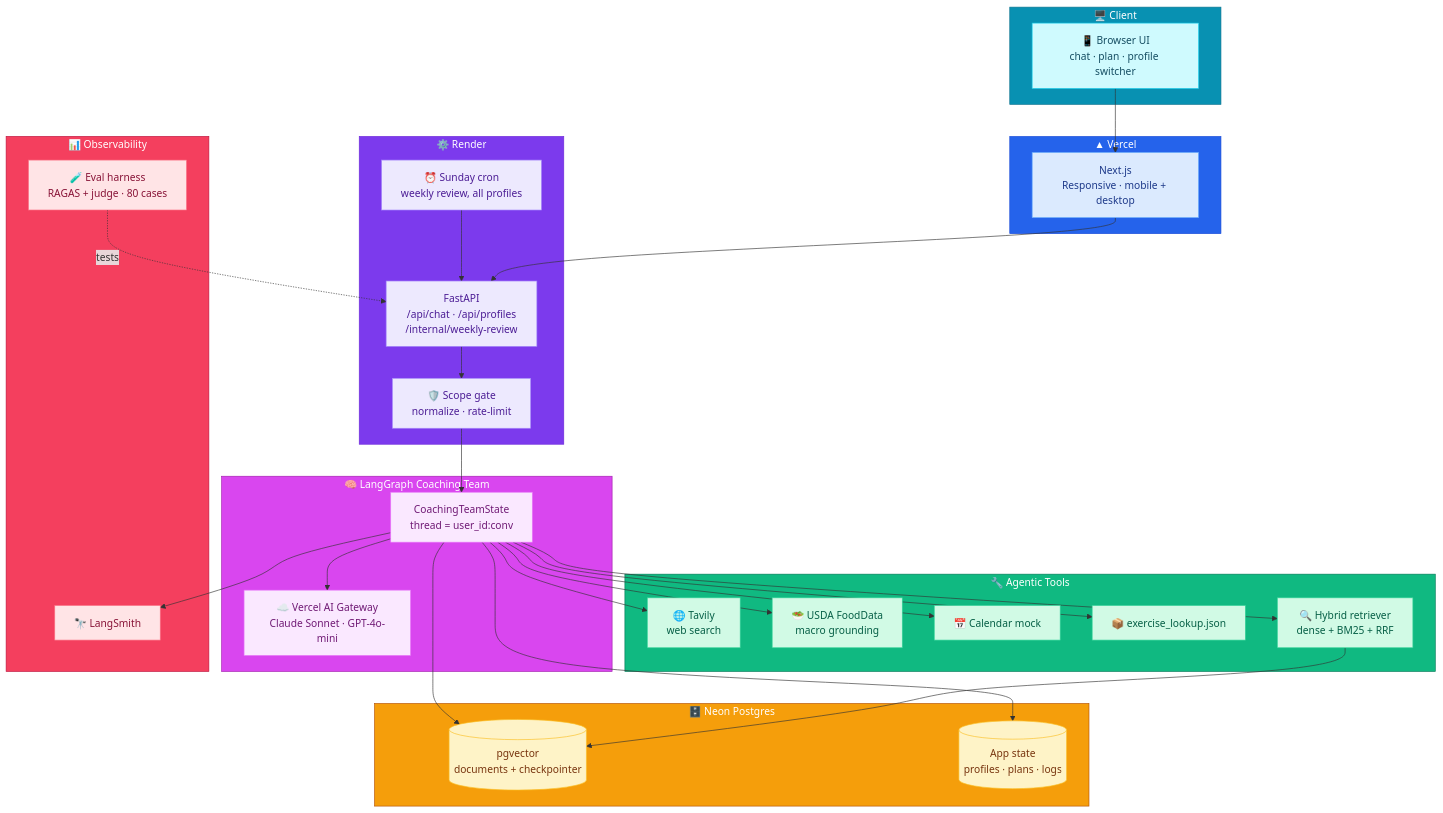
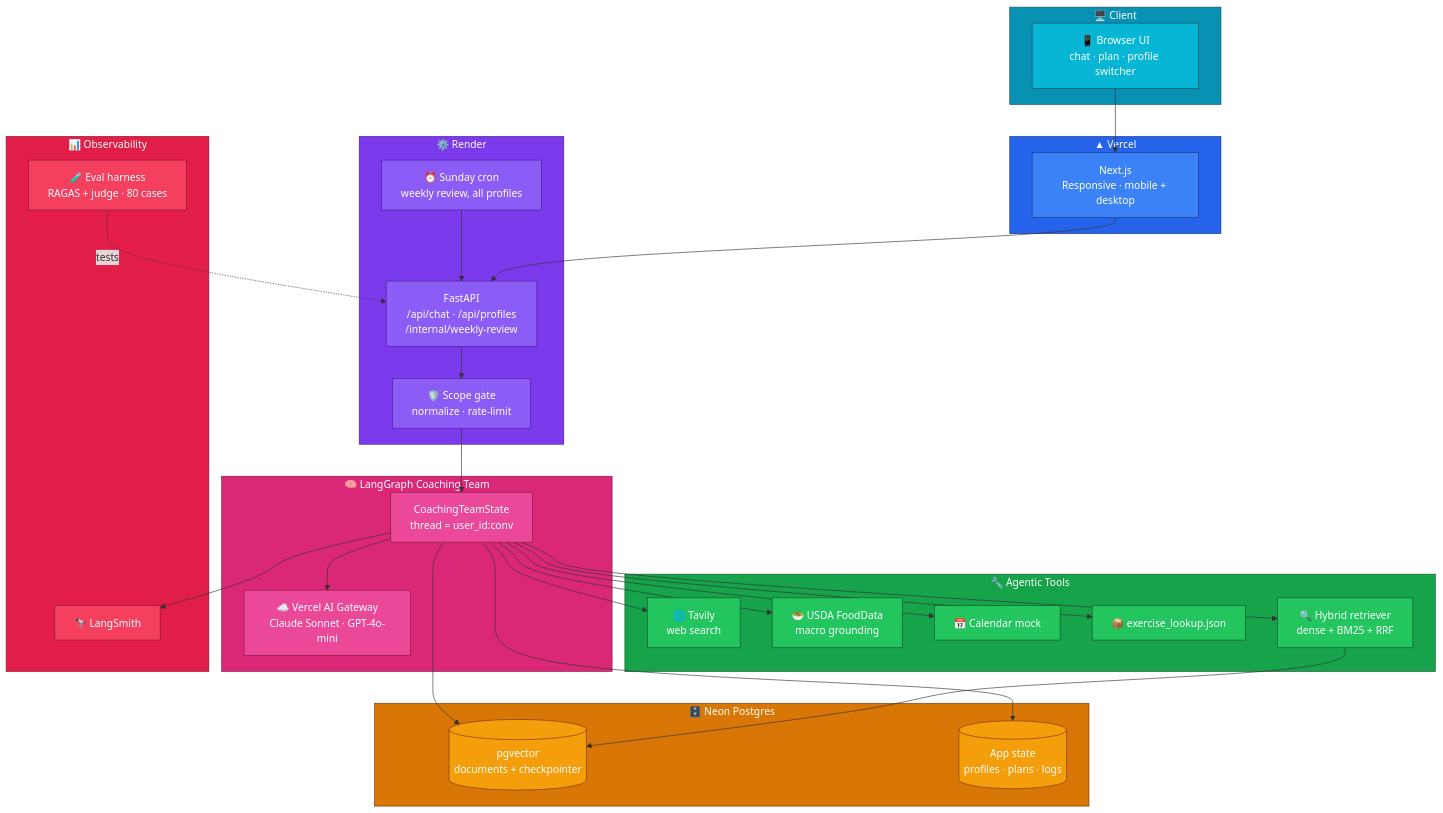
The second of 3 diagrams in PLAN.md (saurabhIU/SteadyFit), drawn with Mermaid before and after one commit. The commit also changed 1 other file, not shown here.

Commit message:
docs: fully saturate architecture mermaid nodes for high contrast

````diff
--- a/PLAN.md
+++ b/PLAN.md
@@ -103,74 +103,74 @@
 ```mermaid
 flowchart TD
     subgraph CLIENT["🖥️  Client"]
         U["📱 Browser UI<br/>chat · plan · profile switcher"]
     end
 
     subgraph FRONTEND["▲  Vercel"]
         FE["Next.js<br/>Responsive · mobile + desktop"]
     end
 
     subgraph BACKEND["⚙️  Render"]
         API["FastAPI<br/>/api/chat · /api/profiles<br/>/internal/weekly-review"]
         GATE["🛡️ Scope gate<br/>normalize · rate-limit"]
         CRON["⏰ Sunday cron<br/>weekly review, all profiles"]
     end
 
     subgraph AGENTS["🧠  LangGraph Coaching Team"]
         LG["CoachingTeamState<br/>thread = user_id:conv"]
         GW["☁️ Vercel AI Gateway<br/>Claude Sonnet · GPT-4o-mini"]
     end
 
     subgraph TOOLS["🔧  Agentic Tools"]
         TAV["🌐 Tavily<br/>web search"]
         FOOD["🥗 USDA FoodData<br/>macro grounding"]
         CAL["📅 Calendar mock"]
         XL["📦 exercise_lookup.json"]
         RET["🔍 Hybrid retriever<br/>dense + BM25 + RRF"]
     end
 
     subgraph STORAGE["🗄️  Neon Postgres"]
         PG[("pgvector<br/>documents + checkpointer")]
         APP[("App state<br/>profiles · plans · logs")]
     end
 
     subgraph OBS["📊  Observability"]
         LS["🔭 LangSmith"]
         EV["🧪 Eval harness<br/>RAGAS + judge · 80 cases"]
     end
 
     U --> FE --> API
     CRON --> API
     API --> GATE --> LG
     LG --> GW
     LG --> TAV & FOOD & CAL & XL & RET
     RET --> PG
     LG --> PG & APP
     LG --> LS
     EV -.->|tests| API
 
-    style CLIENT fill:#0891b2,stroke:#0e7490,color:#fff
-    style FRONTEND fill:#2563eb,stroke:#1d4ed8,color:#fff
-    style BACKEND fill:#7c3aed,stroke:#6d28d9,color:#fff
-    style AGENTS fill:#d946ef,stroke:#a21caf,color:#fff
-    style TOOLS fill:#10b981,stroke:#047857,color:#fff
-    style STORAGE fill:#f59e0b,stroke:#b45309,color:#fff
-    style OBS fill:#f43f5e,stroke:#be123c,color:#fff
+    style CLIENT fill:#0891b2,stroke:#164e63,color:#fff
+    style FRONTEND fill:#2563eb,stroke:#1e3a8a,color:#fff
+    style BACKEND fill:#7c3aed,stroke:#4c1d95,color:#fff
+    style AGENTS fill:#db2777,stroke:#831843,color:#fff
+    style TOOLS fill:#16a34a,stroke:#14532d,color:#fff
+    style STORAGE fill:#d97706,stroke:#78350f,color:#fff
+    style OBS fill:#e11d48,stroke:#881337,color:#fff
 
-    style U fill:#cffafe,stroke:#22d3ee,color:#164e63
-    style FE fill:#dbeafe,stroke:#60a5fa,color:#1e3a8a
-    style API fill:#ede9fe,stroke:#a78bfa,color:#4c1d95
-    style GATE fill:#ede9fe,stroke:#a78bfa,color:#4c1d95
-    style CRON fill:#ede9fe,stroke:#a78bfa,color:#4c1d95
-    style LG fill:#fae8ff,stroke:#e879f9,color:#701a75
-    style GW fill:#fae8ff,stroke:#e879f9,color:#701a75
-    style TAV fill:#d1fae5,stroke:#34d399,color:#065f46
-    style FOOD fill:#d1fae5,stroke:#34d399,color:#065f46
-    style CAL fill:#d1fae5,stroke:#34d399,color:#065f46
-    style XL fill:#d1fae5,stroke:#34d399,color:#065f46
-    style RET fill:#d1fae5,stroke:#34d399,color:#065f46
-    style PG fill:#fef3c7,stroke:#fbbf24,color:#78350f
-    style APP fill:#fef3c7,stroke:#fbbf24,color:#78350f
-    style LS fill:#ffe4e6,stroke:#fb7185,color:#881337
-    style EV fill:#ffe4e6,stroke:#fb7185,color:#881337
+    style U fill:#06b6d4,stroke:#164e63,color:#fff
+    style FE fill:#3b82f6,stroke:#1e3a8a,color:#fff
+    style API fill:#8b5cf6,stroke:#4c1d95,color:#fff
+    style GATE fill:#8b5cf6,stroke:#4c1d95,color:#fff
+    style CRON fill:#8b5cf6,stroke:#4c1d95,color:#fff
+    style LG fill:#ec4899,stroke:#831843,color:#fff
+    style GW fill:#ec4899,stroke:#831843,color:#fff
+    style TAV fill:#22c55e,stroke:#14532d,color:#fff
+    style FOOD fill:#22c55e,stroke:#14532d,color:#fff
+    style CAL fill:#22c55e,stroke:#14532d,color:#fff
+    style XL fill:#22c55e,stroke:#14532d,color:#fff
+    style RET fill:#22c55e,stroke:#14532d,color:#fff
+    style PG fill:#f59e0b,stroke:#78350f,color:#fff
+    style APP fill:#f59e0b,stroke:#78350f,color:#fff
+    style LS fill:#f43f5e,stroke:#881337,color:#fff
+    style EV fill:#f43f5e,stroke:#881337,color:#fff
 ```
````
